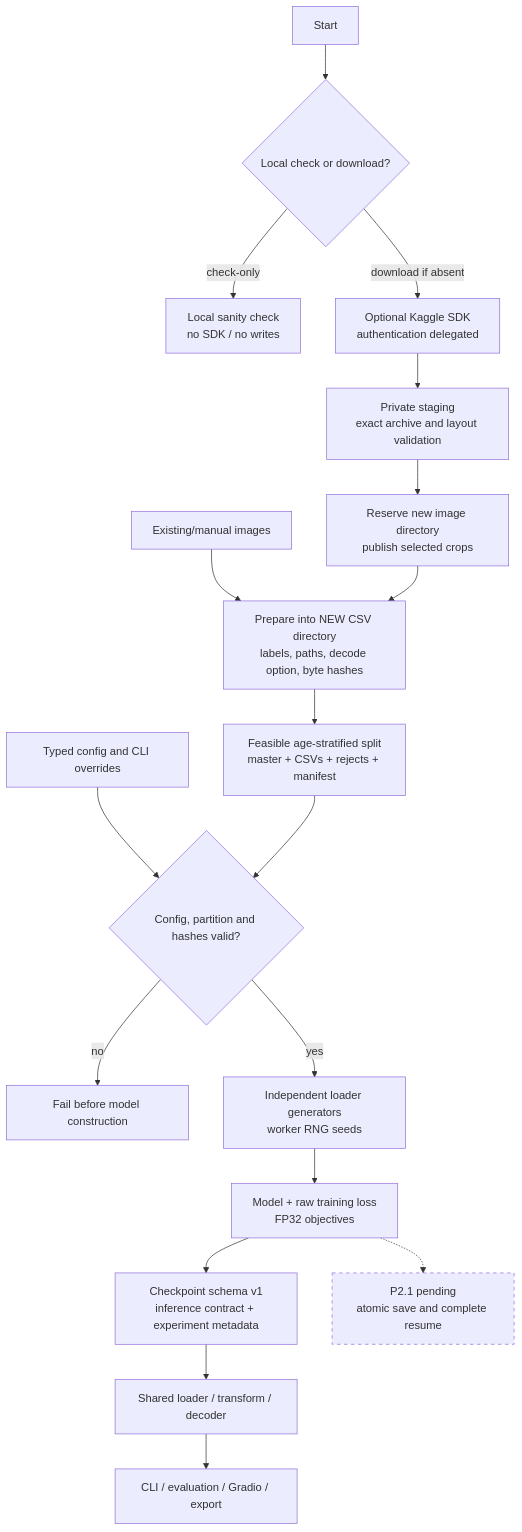
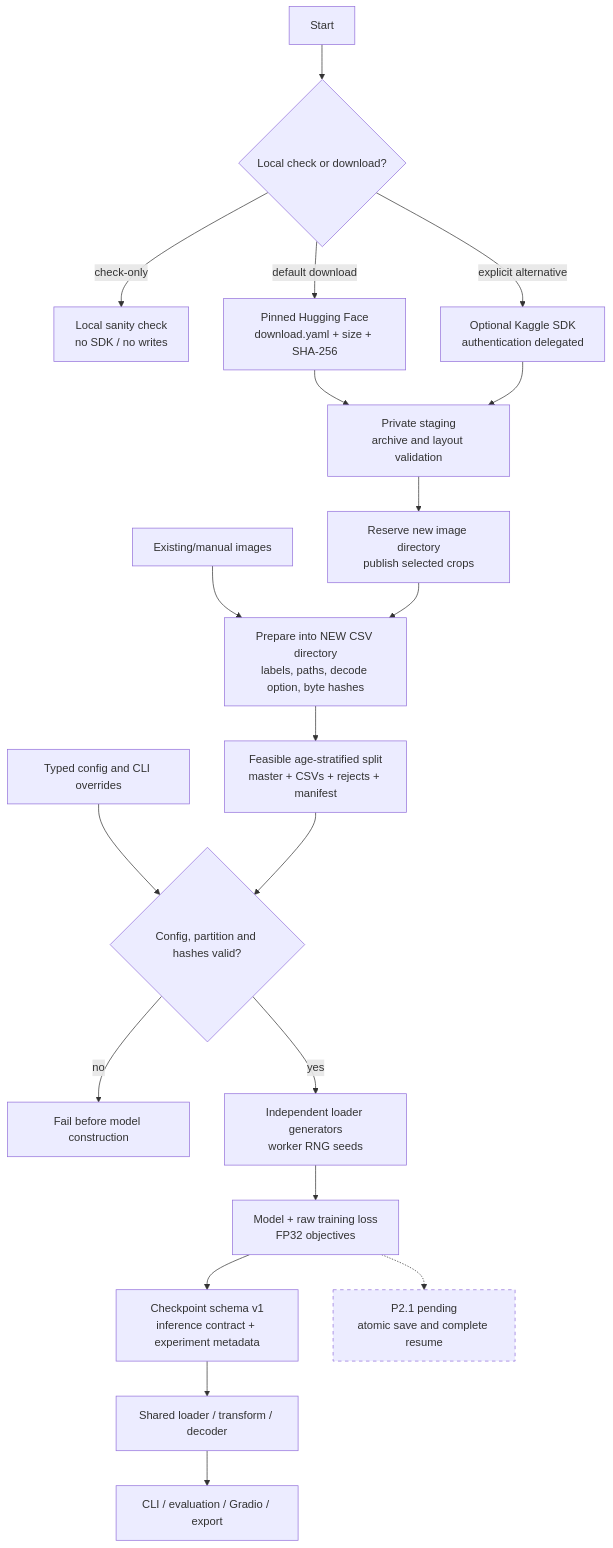
Before and after one commit to Ebimsv/Facial_Age_estimation_PyTorch: the second of 2 diagrams in audit/PHASE_1_IMPLEMENTATION_REPORT.md, drawn with Mermaid. The commit also changed other lines of this file and 7 other files, not shown here.

Commit message:
docs: record verified Hugging Face data and duplicate audit

````diff
--- a/audit/PHASE_1_IMPLEMENTATION_REPORT.md
+++ b/audit/PHASE_1_IMPLEMENTATION_REPORT.md
@@ -167,21 +169,23 @@
 ```mermaid
 flowchart TD
     START["Start"] --> MODE{"Local check or download?"}
     MODE -->|check-only| LOCAL["Local sanity check<br/>no SDK / no writes"]
-    MODE -->|download if absent| SDK["Optional Kaggle SDK<br/>authentication delegated"]
-    SDK --> STAGE["Private staging<br/>exact archive and layout validation"]
+    MODE -->|default download| HF["Pinned Hugging Face<br/>download.yaml + size + SHA-256"]
+    MODE -->|explicit alternative| SDK["Optional Kaggle SDK<br/>authentication delegated"]
+    HF --> STAGE["Private staging<br/>archive and layout validation"]
+    SDK --> STAGE
     STAGE --> READY["Reserve new image directory<br/>publish selected crops"]
     MANUAL["Existing/manual images"] --> PREP
     READY --> PREP["Prepare into NEW CSV directory<br/>labels, paths, decode option, byte hashes"]
     PREP --> SPLIT["Feasible age-stratified split<br/>master + CSVs + rejects + manifest"]
     CFG["Typed config and CLI overrides"] --> CHECK
     SPLIT --> CHECK{"Config, partition and hashes valid?"}
     CHECK -->|no| STOP["Fail before model construction"]
     CHECK -->|yes| LOADERS["Independent loader generators<br/>worker RNG seeds"]
     LOADERS --> TRAIN["Model + raw training loss<br/>FP32 objectives"]
     TRAIN --> CKPT["Checkpoint schema v1<br/>inference contract + experiment metadata"]
     CKPT --> SHARED["Shared loader / transform / decoder"]
     SHARED --> CONSUMERS["CLI / evaluation / Gradio / export"]
     TRAIN -.-> FUTURE["P2.1 pending<br/>atomic save and complete resume"]
     style FUTURE stroke-dasharray: 5 5
 ```
````
